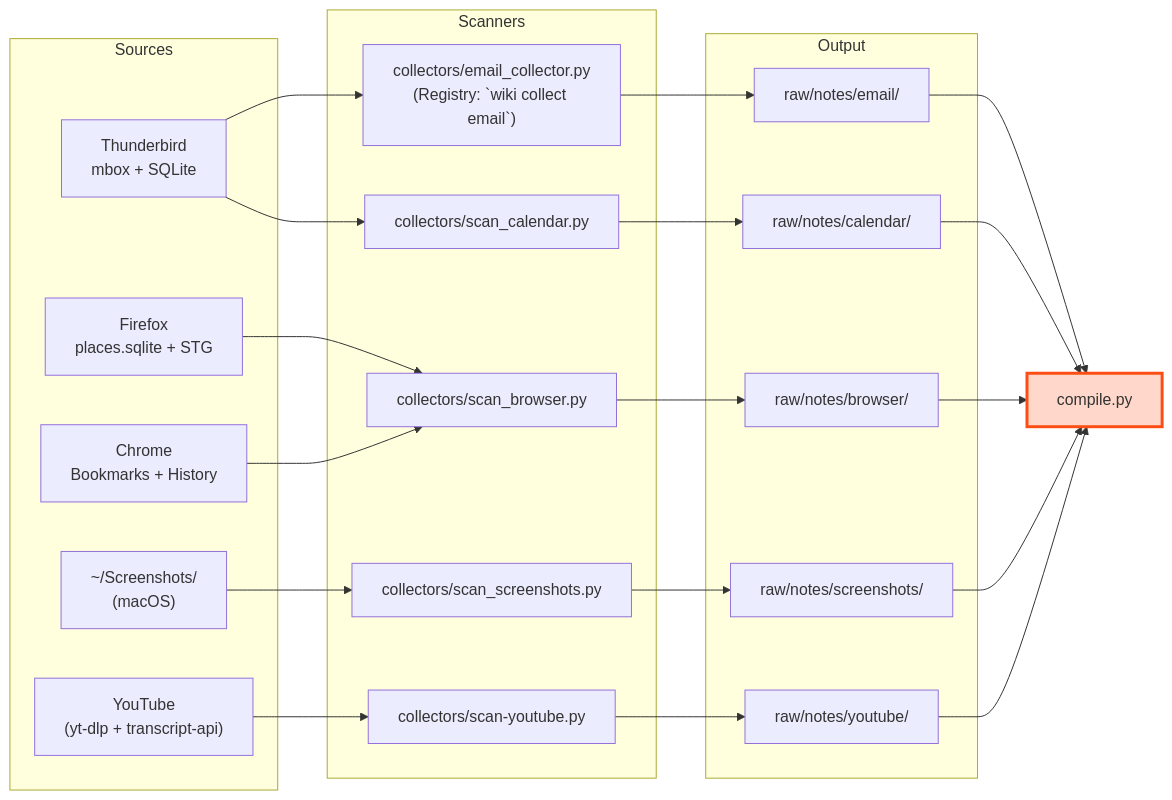
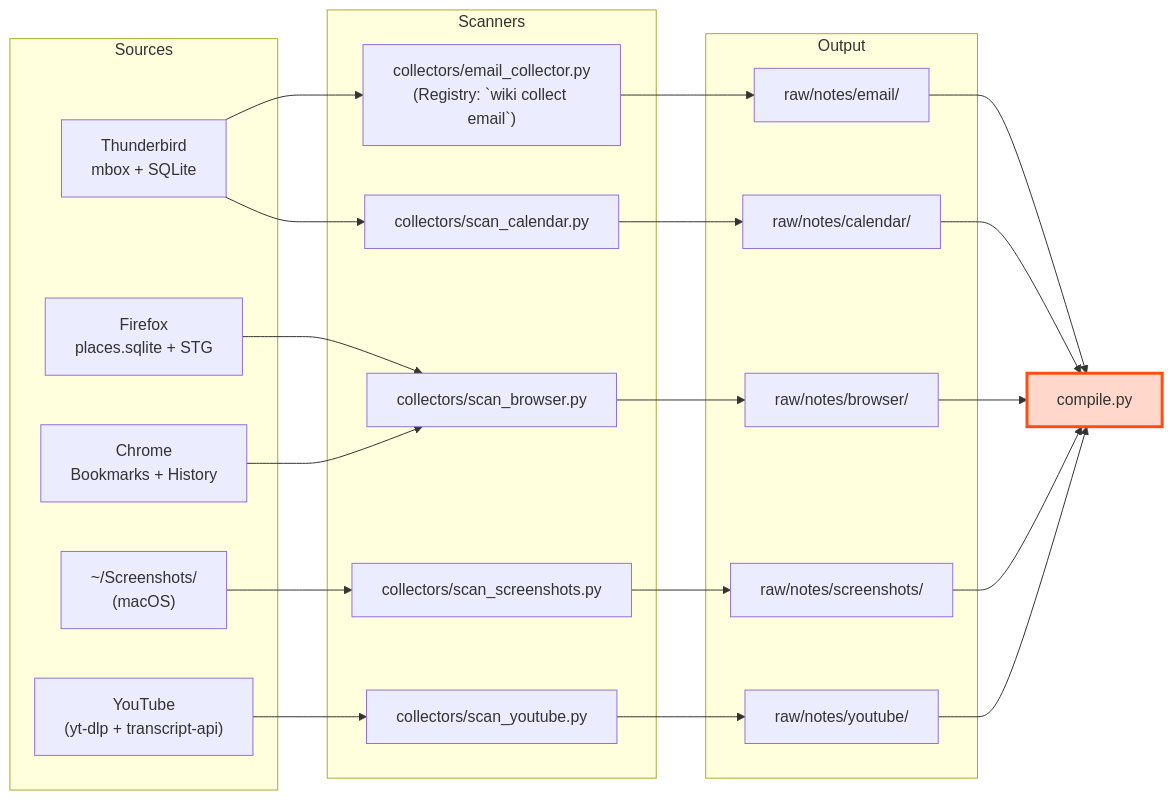
Before and after one commit to lx-0/llm-wiki: the fourth of 10 diagrams in docs/PROCESS.md, drawn with Mermaid. The commit also changed other lines of this file and 7 other files, not shown here.

First line of the commit message:
feat(collectors): port scan-youtube — Phase 2 complete

````diff
--- a/docs/PROCESS.md
+++ b/docs/PROCESS.md
@@ -309,41 +309,41 @@
 ```mermaid
 flowchart LR
     subgraph Sources
         TB["Thunderbird\nmbox + SQLite"]
         FF["Firefox\nplaces.sqlite + STG"]
         CH["Chrome\nBookmarks + History"]
         SS["~/Screenshots/\n(macOS)"]
         YT["YouTube\n(yt-dlp + transcript-api)"]
     end
 
     subgraph Scanners
         SE["collectors/email_collector.py\n(Registry: `wiki collect email`)"]
         SC["collectors/scan_calendar.py"]
         SB["collectors/scan_browser.py"]
         SCR["collectors/scan_screenshots.py"]
-        SY["collectors/scan-youtube.py"]
+        SY["collectors/scan_youtube.py"]
     end
 
     subgraph Output
         RE["raw/notes/email/"]
         RC["raw/notes/calendar/"]
         RB["raw/notes/browser/"]
         RS["raw/notes/screenshots/"]
         RY["raw/notes/youtube/"]
     end
 
     TB --> SE --> RE
     TB --> SC --> RC
     FF --> SB --> RB
     CH --> SB
     SS --> SCR --> RS
     YT --> SY --> RY
 
     RE --> COMPILE["compile.py"]
     RC --> COMPILE
     RB --> COMPILE
     RS --> COMPILE
     RY --> COMPILE
 
     style COMPILE fill:#FFD8CB,stroke:#FC4E14,stroke-width:3px
 ```
````
